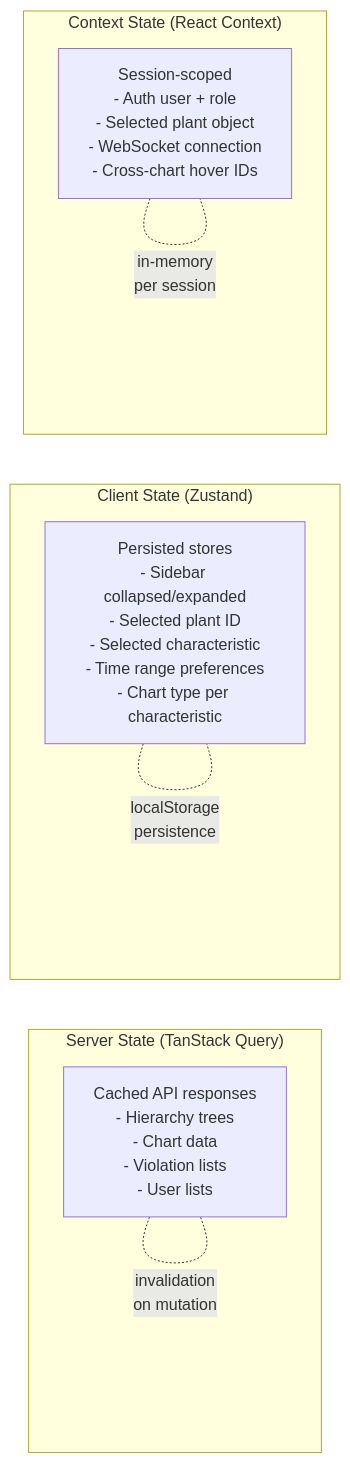
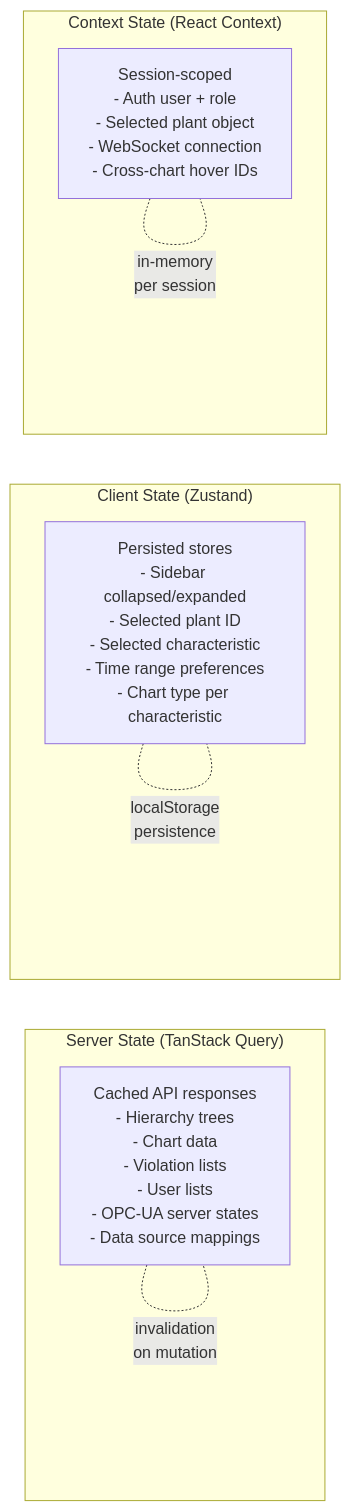
The sixth of 14 diagrams in docs/architecture.md (djbrandl/OpenSPC), drawn with Mermaid before and after one commit. The commit also changed other lines of this file and 25 other files, not shown here.

````diff
--- a/docs/architecture.md
+++ b/docs/architecture.md
@@ -222,18 +243,18 @@
 ```mermaid
 graph LR
     subgraph "Server State (TanStack Query)"
-        SQ["Cached API responses<br/>- Hierarchy trees<br/>- Chart data<br/>- Violation lists<br/>- User lists"]
+        SQ["Cached API responses<br/>- Hierarchy trees<br/>- Chart data<br/>- Violation lists<br/>- User lists<br/>- OPC-UA server states<br/>- Data source mappings"]
     end
 
     subgraph "Client State (Zustand)"
         ZS["Persisted stores<br/>- Sidebar collapsed/expanded<br/>- Selected plant ID<br/>- Selected characteristic<br/>- Time range preferences<br/>- Chart type per characteristic"]
     end
 
     subgraph "Context State (React Context)"
         RC["Session-scoped<br/>- Auth user + role<br/>- Selected plant object<br/>- WebSocket connection<br/>- Cross-chart hover IDs"]
     end
 
     SQ -.- |"invalidation<br/>on mutation"| SQ
     ZS -.- |"localStorage<br/>persistence"| ZS
     RC -.- |"in-memory<br/>per session"| RC
 ```
````
